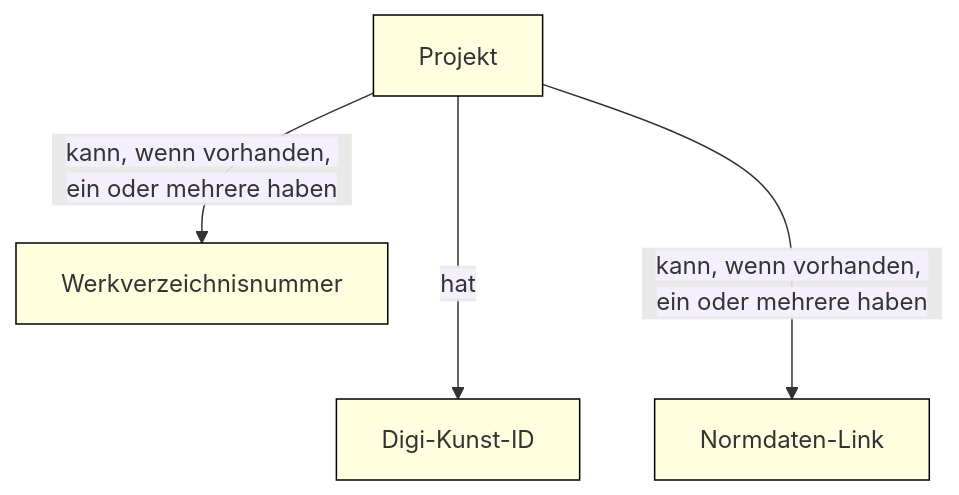
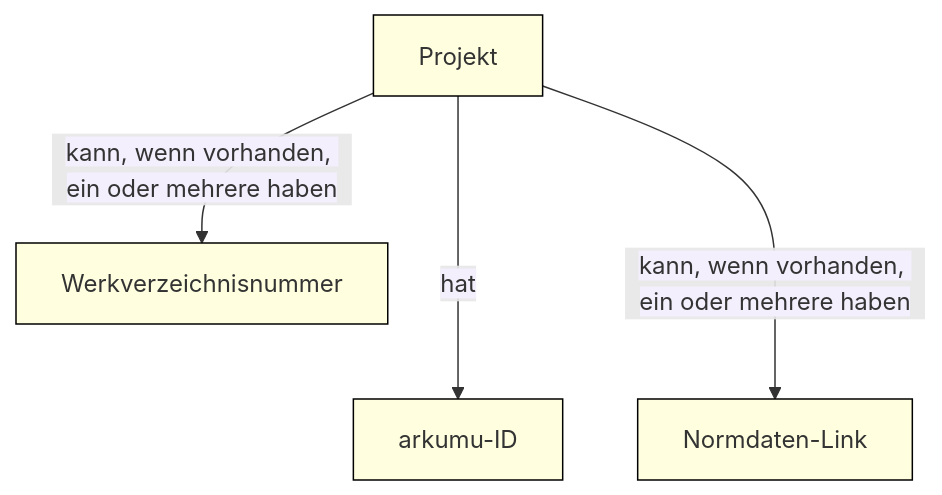
Before and after one commit to arkumu/arkumu.github.io: the sixth of 13 diagrams in ressourcen/entitaeten_und_attribute_des_datenmodells.markdown, drawn with Mermaid. The commit also changed other lines of this file and 47 other files, not shown here.

Commit message:
reflecting project name change from Digi-Kunst.nrw to arkumu.nrw

```diff
--- a/ressourcen/entitaeten_und_attribute_des_datenmodells.markdown
+++ b/ressourcen/entitaeten_und_attribute_des_datenmodells.markdown
@@ -159,10 +159,10 @@
 <pre class="mermaid">
 flowchart TB;
-    Projekt-- <span style="background-color: #f4effc">hat</span>  ---> Digi-Kunst-ID
+    Projekt-- <span style="background-color: #f4effc">hat</span>  ---> arkumu-ID
     Projekt-- <span style="background-color: #f4effc">kann, wenn vorhanden, ein oder mehrere haben</span> --> Werkverzeichnisnummer
     Projekt-- <span style="background-color: #f4effc">kann, wenn vorhanden, ein oder mehrere haben</span> ---> Normdaten-Link
     style Projekt fill:#FFFFE0, stroke:#000000;
-    style Digi-Kunst-ID fill:#FFFFE0, stroke:#000000;
+    style arkumu-ID fill:#FFFFE0, stroke:#000000;
     style Werkverzeichnisnummer fill:#FFFFE0, stroke:#000000;
     style Normdaten-Link fill:#FFFFE0, stroke:#000000;
 </pre>
```
